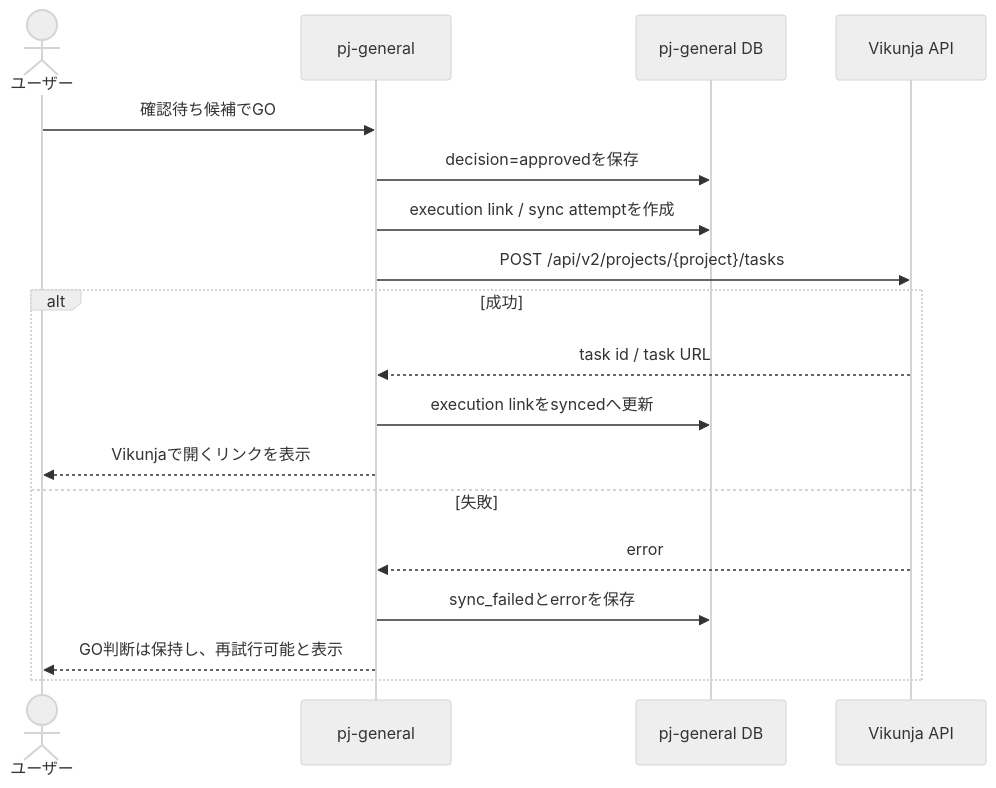
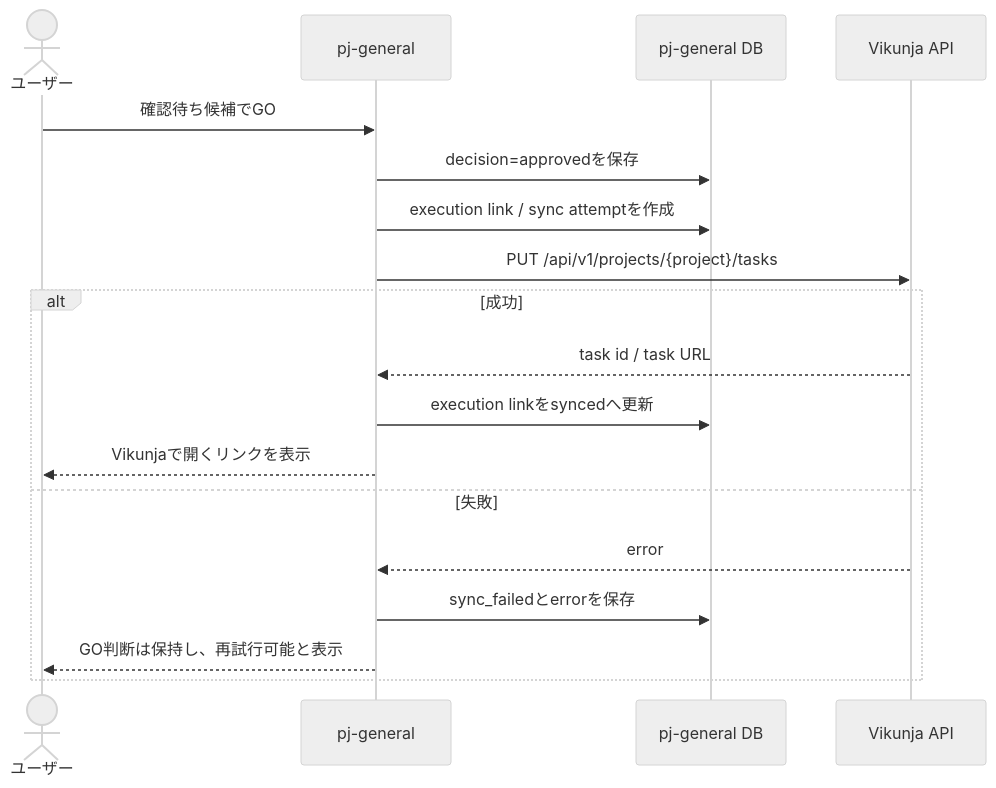
The first of 2 diagrams in docs/spec/vikunja-integration-contract-2026-07.md (rohto4/my-pj-general), drawn with Mermaid (neutral theme) before and after one commit. The commit also changed other lines of this file and 24 other files, not shown here.

````diff
--- a/docs/spec/vikunja-integration-contract-2026-07.md
+++ b/docs/spec/vikunja-integration-contract-2026-07.md
@@ -55,20 +64,20 @@
 ```mermaid
 sequenceDiagram
     actor U as ユーザー
     participant P as pj-general
     participant D as pj-general DB
     participant V as Vikunja API
     U->>P: 確認待ち候補でGO
     P->>D: decision=approvedを保存
     P->>D: execution link / sync attemptを作成
-    P->>V: POST /api/v2/projects/{project}/tasks
+    P->>V: PUT /api/v1/projects/{project}/tasks
     alt 成功
         V-->>P: task id / task URL
         P->>D: execution linkをsyncedへ更新
         P-->>U: Vikunjaで開くリンクを表示
     else 失敗
         V-->>P: error
         P->>D: sync_failedとerrorを保存
         P-->>U: GO判断は保持し、再試行可能と表示
     end
 ```
````
